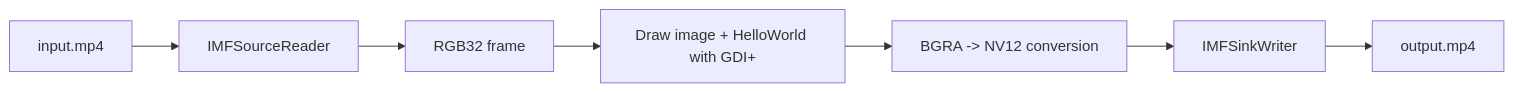
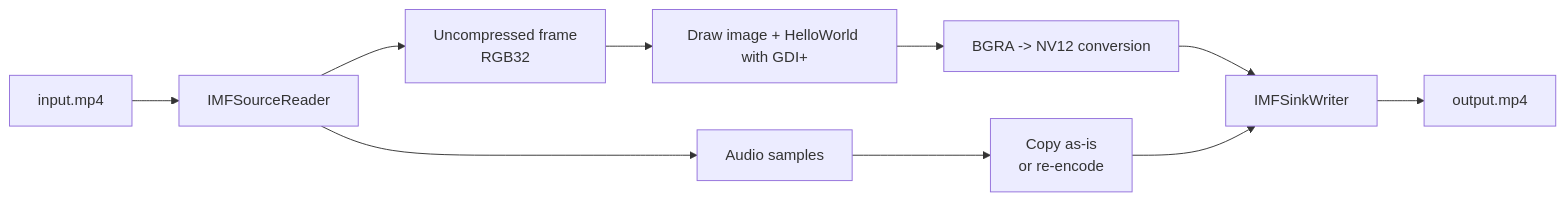
Before and after one commit to gomurin0428/KomuraSoftWeb: the diagram in _posts/2026-03-16-009-media-foundation-overlay-image-text-on-mp4-frames-en.md, drawn with Mermaid. The commit also changed other lines of this file, not shown here.

````diff
--- a/_posts/2026-03-16-009-media-foundation-overlay-image-text-on-mp4-frames-en.md
+++ b/_posts/2026-03-16-009-media-foundation-overlay-image-text-on-mp4-frames-en.md
@@ -57,9 +73,13 @@
 ```mermaid
 flowchart LR
     A["input.mp4"] --> B["IMFSourceReader"]
-    B --> C["RGB32 frame"]
+    B --> C["Uncompressed frame<br/>RGB32"]
     C --> D["Draw image + HelloWorld with GDI+"]
     D --> E["BGRA -> NV12 conversion"]
     E --> F["IMFSinkWriter"]
     F --> G["output.mp4"]
+
+    B --> H["Audio samples"]
+    H --> I["Copy as-is<br/>or re-encode"]
+    I --> F
 ```
````
